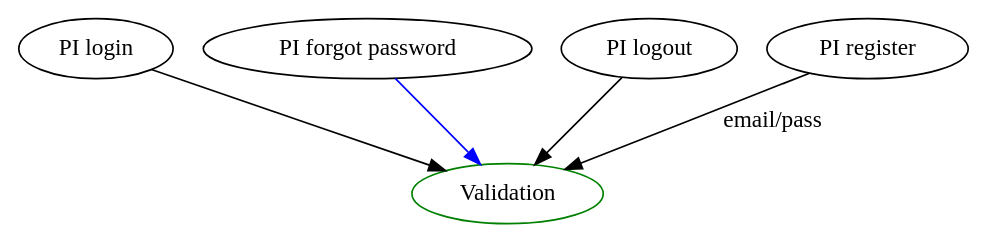
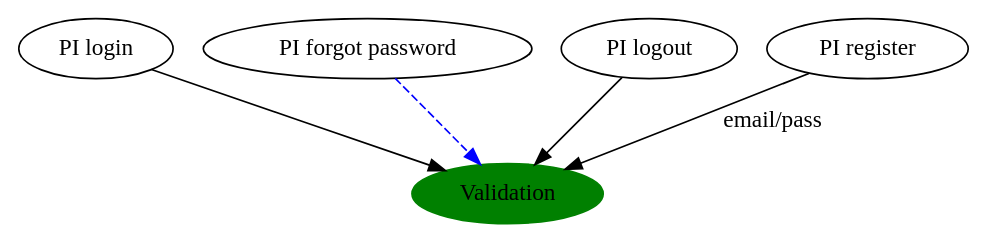
The diagram in input2.dot (oren/graphviz), drawn with Graphviz before and after one commit. The commit also changed 3 other files, not shown here.

```diff
--- a/input2.dot
+++ b/input2.dot
@@ -1,7 +1,9 @@
 digraph { 
-  "PI login" -> "Validation";
-  "PI forgot password" -> "Validation"[color="blue"];
-  "PI logout" -> "Validation";
-  "PI register" -> "Validation"[label="email/pass"];
-  Validation[color="green"];
+  a[label="Validation", color="green", style="filled"];
+
+  "PI login" -> a;
+  "PI forgot password" -> a[color="blue", style="dashed"];
+  "PI logout" -> a;
+  "PI register" -> a[label="email/pass"];
+
 }
```
